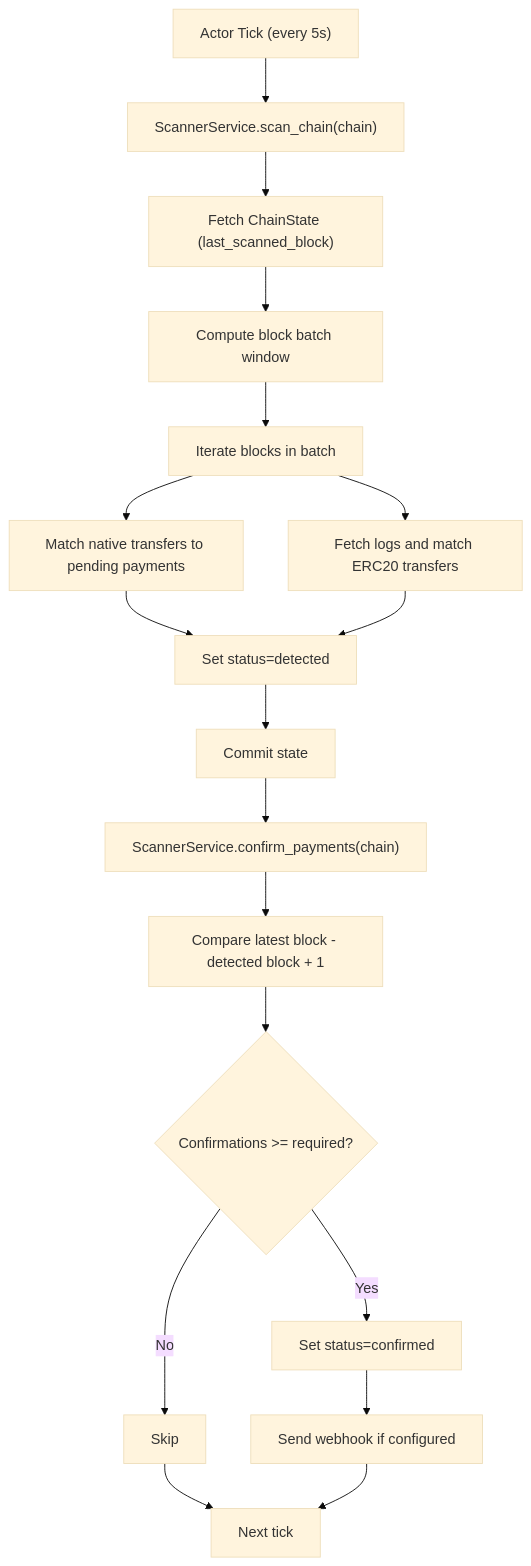
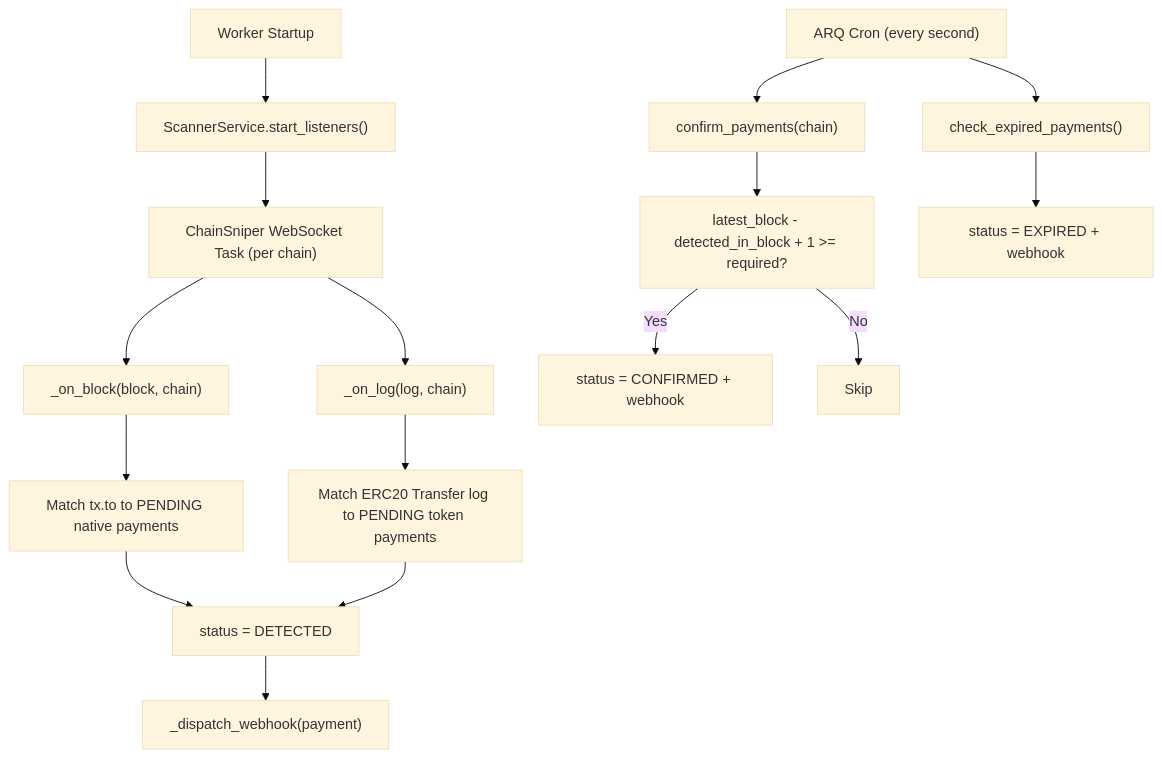
One commit to rakibhossain72/ctrip-docs changed the sixth of 10 diagrams in docs/project-overview/project-overview.md. Above: the diagram before and after it, drawn with Mermaid (base theme). The commit also changed other lines of this file and 25 other files, not shown here.

First line of the commit message:
docs: Update documentation to reflect ARQ task migration from Dramatiq

````diff
--- a/docs/project-overview/project-overview.md
+++ b/docs/project-overview/project-overview.md
@@ -291,20 +293,19 @@
 ```mermaid
 flowchart TD
-Tick["Actor Tick (every 5s)"] --> Scan["ScannerService.scan_chain(chain)"]
-Scan --> FetchState["Fetch ChainState (last_scanned_block)"]
-FetchState --> Batch["Compute block batch window"]
-Batch --> LoopBlocks["Iterate blocks in batch"]
-LoopBlocks --> Native["Match native transfers to pending payments"]
-LoopBlocks --> ERC20["Fetch logs and match ERC20 transfers"]
-Native --> UpdateDetected["Set status=detected"]
-ERC20 --> UpdateDetected
-UpdateDetected --> Commit["Commit state"]
-Commit --> Confirm["ScannerService.confirm_payments(chain)"]
-Confirm --> CheckConf["Compare latest block - detected block + 1"]
-CheckConf --> Met{"Confirmations >= required?"}
-Met --> |Yes| MarkPaid["Set status=confirmed"]
-Met --> |No| Skip["Skip"]
-MarkPaid --> Webhook["Send webhook if configured"]
-Skip --> End["Next tick"]
-Webhook --> End
+Startup["Worker Startup"] --> StartListeners["ScannerService.start_listeners()"]
+StartListeners --> Sniper["ChainSniper WebSocket Task (per chain)"]
+Sniper --> OnBlock["_on_block(block, chain)"]
+Sniper --> OnLog["_on_log(log, chain)"]
+OnBlock --> MatchNative["Match tx.to to PENDING native payments"]
+OnLog --> MatchERC20["Match ERC20 Transfer log to PENDING token payments"]
+MatchNative --> SetDetected["status = DETECTED"]
+MatchERC20 --> SetDetected
+SetDetected --> Webhook["_dispatch_webhook(payment)"]
+
+Cron["ARQ Cron (every second)"] --> Confirm["confirm_payments(chain)"]
+Confirm --> CheckConf["latest_block - detected_in_block + 1 >= required?"]
+CheckConf --> |Yes| SetConfirmed["status = CONFIRMED + webhook"]
+CheckConf --> |No| Skip["Skip"]
+Cron --> Expire["check_expired_payments()"]
+Expire --> SetExpired["status = EXPIRED + webhook"]
 ```
````
